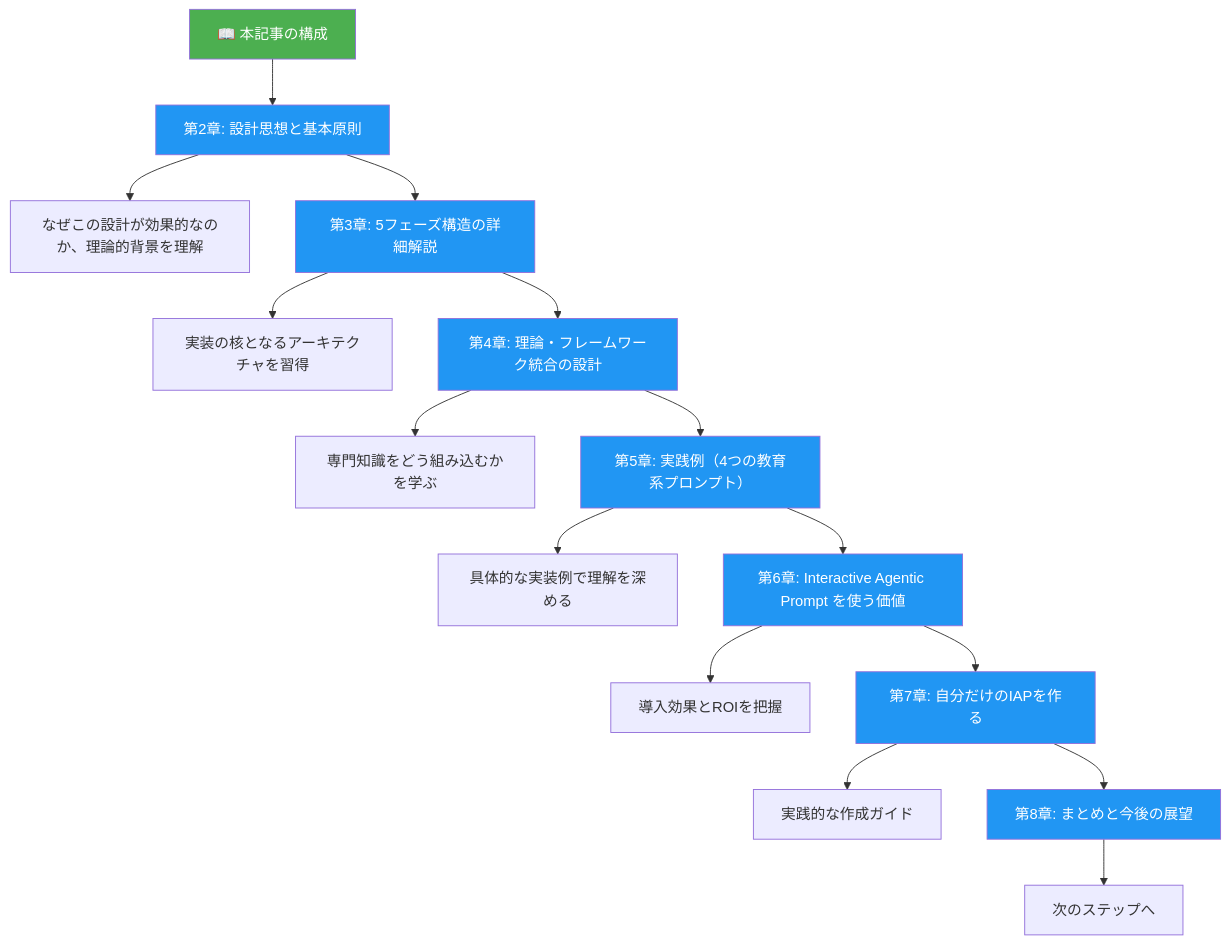
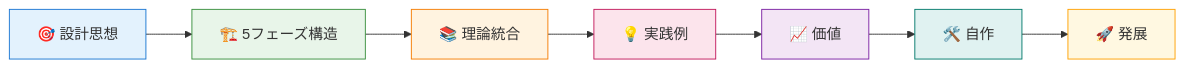
The second of 22 diagrams in docs/interactive-agentic-prompt-guide.md (nahisaho/KOTODAMA4Edu), drawn with Mermaid before and after one commit. The commit also changed other lines of this file and 31 other files, not shown here.

````diff
--- a/docs/interactive-agentic-prompt-guide.md
+++ b/docs/interactive-agentic-prompt-guide.md
@@ -72,26 +90,12 @@
 ```mermaid
-flowchart TD
-    BOOK["📖 本記事の構成"] --> C2
-    C2["第2章: 設計思想と基本原則"] --> C2D["なぜこの設計が効果的なのか、理論的背景を理解"]
-    C2 --> C3
-    C3["第3章: 5フェーズ構造の詳細解説"] --> C3D["実装の核となるアーキテクチャを習得"]
-    C3 --> C4
-    C4["第4章: 理論・フレームワーク統合の設計"] --> C4D["専門知識をどう組み込むかを学ぶ"]
-    C4 --> C5
-    C5["第5章: 実践例（4つの教育系プロンプト）"] --> C5D["具体的な実装例で理解を深める"]
-    C5 --> C6
-    C6["第6章: Interactive Agentic Prompt を使う価値"] --> C6D["導入効果とROIを把握"]
-    C6 --> C7
-    C7["第7章: 自分だけのIAPを作る"] --> C7D["実践的な作成ガイド"]
-    C7 --> C8
-    C8["第8章: まとめと今後の展望"] --> C8D["次のステップへ"]
+flowchart LR
+    C2["🎯 設計思想"] --> C3["🏗️ 5フェーズ構造"] --> C4["📚 理論統合"] --> C5["💡 実践例"] --> C6["📈 価値"] --> C7["🛠️ 自作"] --> C8["🚀 発展"]
     
-    style BOOK fill:#4caf50,color:#fff
-    style C2 fill:#2196f3,color:#fff
-    style C3 fill:#2196f3,color:#fff
-    style C4 fill:#2196f3,color:#fff
-    style C5 fill:#2196f3,color:#fff
-    style C6 fill:#2196f3,color:#fff
-    style C7 fill:#2196f3,color:#fff
-    style C8 fill:#2196f3,color:#fff
+    style C2 fill:#e3f2fd,stroke:#1976d2
+    style C3 fill:#e8f5e9,stroke:#388e3c
+    style C4 fill:#fff3e0,stroke:#f57c00
+    style C5 fill:#fce4ec,stroke:#c2185b
+    style C6 fill:#f3e5f5,stroke:#7b1fa2
+    style C7 fill:#e0f2f1,stroke:#00796b
+    style C8 fill:#fff8e1,stroke:#ffa000
 ```
````
